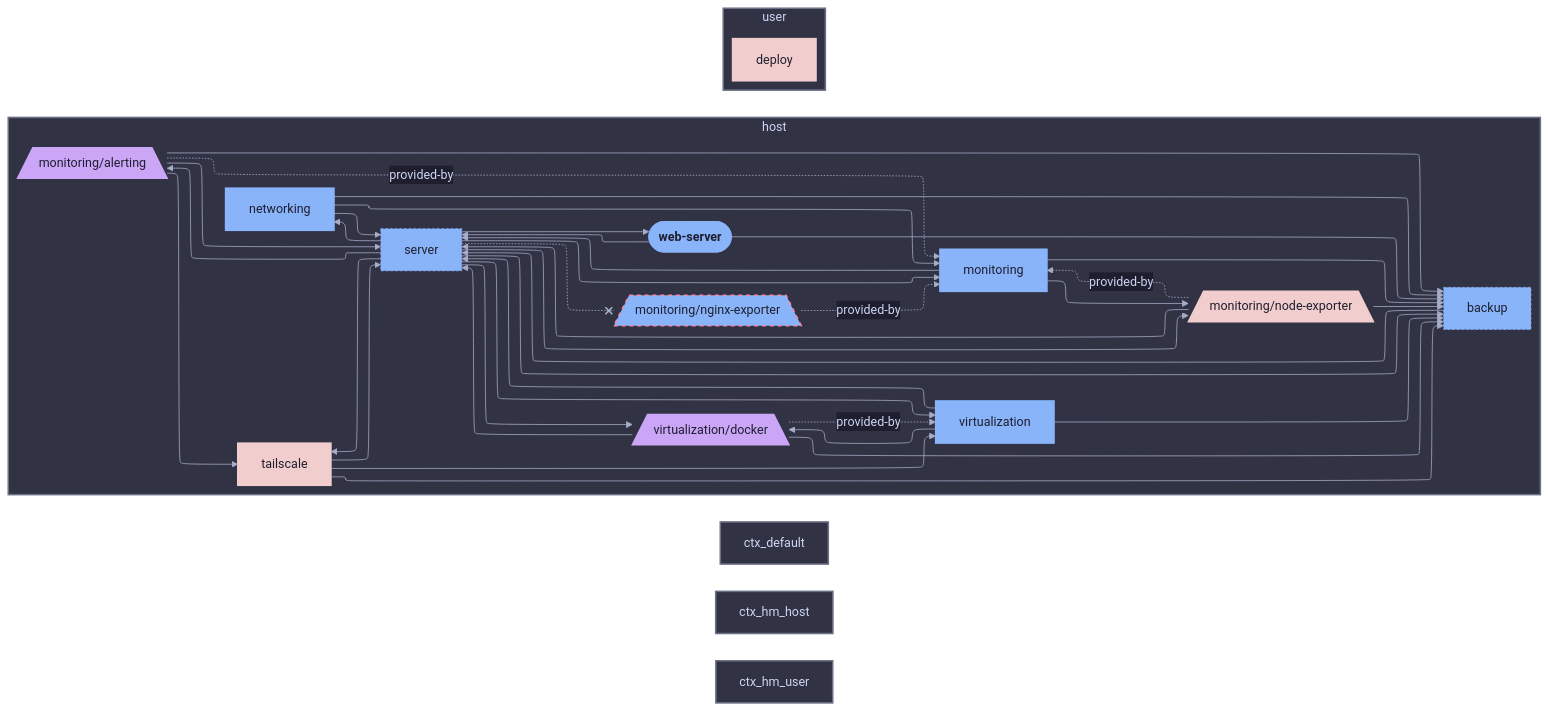
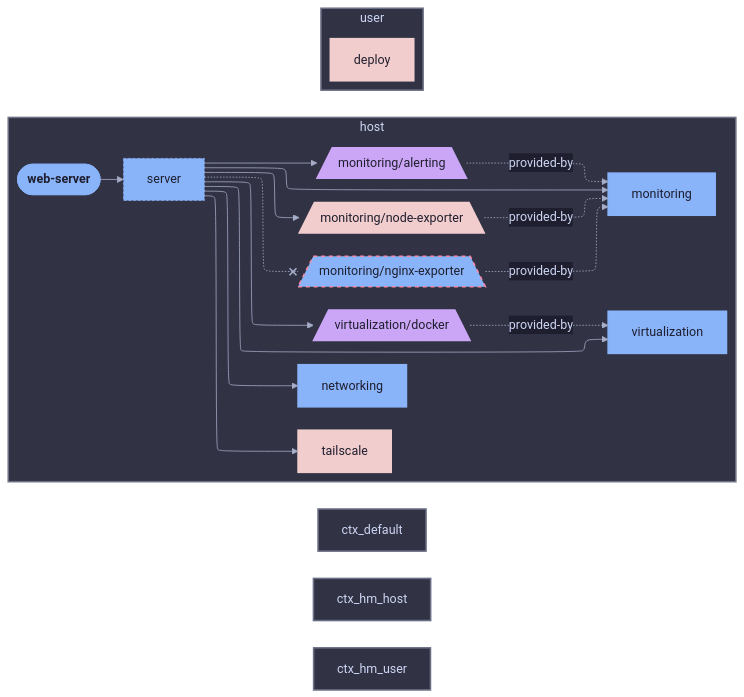
One commit to sini/den changed the diagram in templates/diag-fx-demo/diagrams/web-server-class-nixos.md. Above: the diagram before and after it, drawn with Mermaid. The commit also changed 849 other files, not shown here.

Commit message:
chore: update fx diagrams

````diff
--- a/templates/diag-fx-demo/diagrams/web-server-class-nixos.md
+++ b/templates/diag-fx-demo/diagrams/web-server-class-nixos.md
@@ -5,78 +5,53 @@
 ```mermaid
 %%{init: {"elk":{"mergeEdges":true,"nodePlacementStrategy":"BRANDES_KOEPF"},"layout":"elk","theme":"base","themeVariables":{"activationBkgColor":"#313244","activationBorderColor":"#6c7086","actorBkg":"#313244","actorBorder":"#a6adc8","actorLineColor":"#a6adc8","actorTextColor":"#cdd6f4","background":"#1e1e2e","classText":"#cdd6f4","clusterBkg":"#313244","clusterBorder":"#6c7086","edgeLabelBackground":"#1e1e2e","labelBoxBkgColor":"#313244","labelBoxBorderColor":"#a6adc8","labelTextColor":"#cdd6f4","lineColor":"#a6adc8","loopTextColor":"#cdd6f4","mainBkg":"#313244","nodeBkg":"#313244","nodeBorder":"#a6adc8","nodeTextColor":"#cdd6f4","noteBkgColor":"#313244","noteBorderColor":"#6c7086","noteTextColor":"#cdd6f4","pie1":"#f38ba8","pie2":"#fab387","pie3":"#f9e2af","pie4":"#a6e3a1","pie5":"#94e2d5","pie6":"#89b4fa","pie7":"#cba6f7","pie8":"#f2cdcd","pieLegendTextColor":"#cdd6f4","pieOuterStrokeColor":"#6c7086","pieSectionTextColor":"#cdd6f4","pieStrokeColor":"#6c7086","pieTitleTextColor":"#cdd6f4","primaryBorderColor":"#a6adc8","primaryColor":"#313244","primaryTextColor":"#cdd6f4","secondBkg":"#313244","secondaryBorderColor":"#6c7086","secondaryColor":"#313244","secondaryTextColor":"#cdd6f4","sequenceNumberColor":"#1e1e2e","signalColor":"#a6adc8","signalTextColor":"#cdd6f4","tertiaryBorderColor":"#6c7086","tertiaryColor":"#313244","tertiaryTextColor":"#cdd6f4","textColor":"#cdd6f4","titleColor":"#cdd6f4"}}}%%
 graph LR
   web_server([web-server]):::root
 
   subgraph ctx_host["host"]
   monitoring__alerting[/"monitoring/alerting"\]:::monitoring__alerting_c
-  backup["backup"]:::backup_c
   virtualization__docker[/"virtualization/docker"\]:::virtualization__docker_c
   monitoring["monitoring"]:::monitoring_c
   networking["networking"]:::networking_c
   monitoring__nginx_exporter[/"monitoring/nginx-exporter"\]:::monitoring__nginx_exporter_c
   monitoring__node_exporter[/"monitoring/node-exporter"\]:::monitoring__node_exporter_c
   server["server"]:::server_c
   tailscale["tailscale"]:::tailscale_c
   virtualization["virtualization"]:::virtualization_c
-  backup --> server
-  monitoring --> backup
-  monitoring__alerting --> backup
-  monitoring__node_exporter --> backup
-  networking --> backup
-  server --> backup
-  tailscale --> backup
-  virtualization --> backup
-  virtualization__docker --> backup
-  web_server --> backup
-  monitoring --> server
-  monitoring__alerting --> server
-  monitoring__node_exporter --> server
-  networking --> server
-  tailscale --> server
-  virtualization --> server
-  virtualization__docker --> server
-  web_server --> server
-  monitoring --> monitoring__node_exporter
-  monitoring__alerting --> tailscale
-  networking --> monitoring
   server --> monitoring__alerting
   server --> virtualization__docker
   server --> monitoring
   server --> networking
   server -.-x monitoring__nginx_exporter
   server --> monitoring__node_exporter
   server --> tailscale
   server --> virtualization
-  server --> web_server
-  tailscale --> virtualization
-  virtualization --> virtualization__docker
+  web_server --> server
   monitoring__node_exporter -.->|provided-by| monitoring
   monitoring__nginx_exporter -.->|provided-by| monitoring
   monitoring__alerting -.->|provided-by| monitoring
   virtualization__docker -.->|provided-by| virtualization
   end
   subgraph ctx_user["user"]
   deploy["deploy"]:::deploy_c
 
   end
 
 
   classDef root fill:#89b4fa,stroke:#89b4fa,color:#1e1e2e,font-weight:bold
   classDef monitoring__alerting_c fill:#cba6f7,stroke:#cba6f7,color:#1e1e2e,stroke-width:2px
-  classDef backup_c fill:#89b4fa,stroke:#89b4fa,color:#1e1e2e,stroke-dasharray: 3 3,stroke-width:1px
   classDef deploy_c fill:#f2cdcd,stroke:#f2cdcd,color:#1e1e2e,stroke-width:2px
   classDef virtualization__docker_c fill:#cba6f7,stroke:#cba6f7,color:#1e1e2e,stroke-width:2px
   classDef monitoring_c fill:#89b4fa,stroke:#89b4fa,color:#1e1e2e,stroke-width:2px
   classDef networking_c fill:#89b4fa,stroke:#89b4fa,color:#1e1e2e,stroke-width:2px
   classDef monitoring__nginx_exporter_c fill:#89b4fa,stroke:#f38ba8,color:#1e1e2e,stroke-dasharray: 5 5,stroke-width:2px
   classDef monitoring__node_exporter_c fill:#f2cdcd,stroke:#f2cdcd,color:#1e1e2e,stroke-width:2px
   classDef server_c fill:#89b4fa,stroke:#89b4fa,color:#1e1e2e,stroke-dasharray: 3 3,stroke-width:1px
   classDef tailscale_c fill:#f2cdcd,stroke:#f2cdcd,color:#1e1e2e,stroke-width:2px
   classDef virtualization_c fill:#89b4fa,stroke:#89b4fa,color:#1e1e2e,stroke-width:2px
-  classDef web_server_c fill:#cba6f7,stroke:#cba6f7,color:#1e1e2e,stroke-width:3px
+  classDef web_server_c fill:#cba6f7,stroke:#cba6f7,color:#1e1e2e,stroke-width:2px
 style ctx_host fill:#313244,stroke:#6c7086,stroke-width:2px
 style ctx_default fill:#313244,stroke:#6c7086,stroke-width:2px
 style ctx_hm_host fill:#313244,stroke:#6c7086,stroke-width:2px
 style ctx_hm_user fill:#313244,stroke:#6c7086,stroke-width:2px
 style ctx_user fill:#313244,stroke:#6c7086,stroke-width:2px
 ```
````
